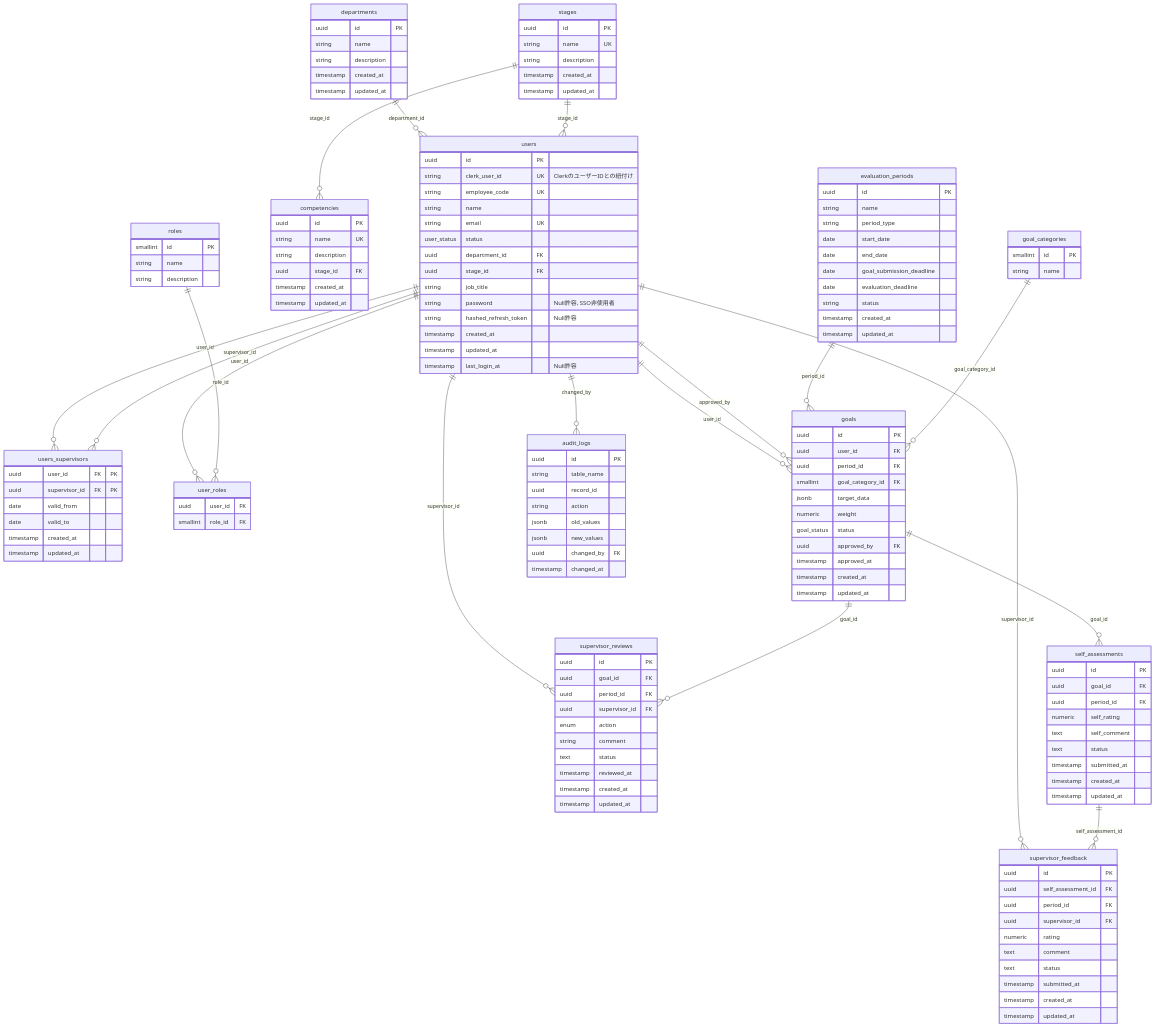
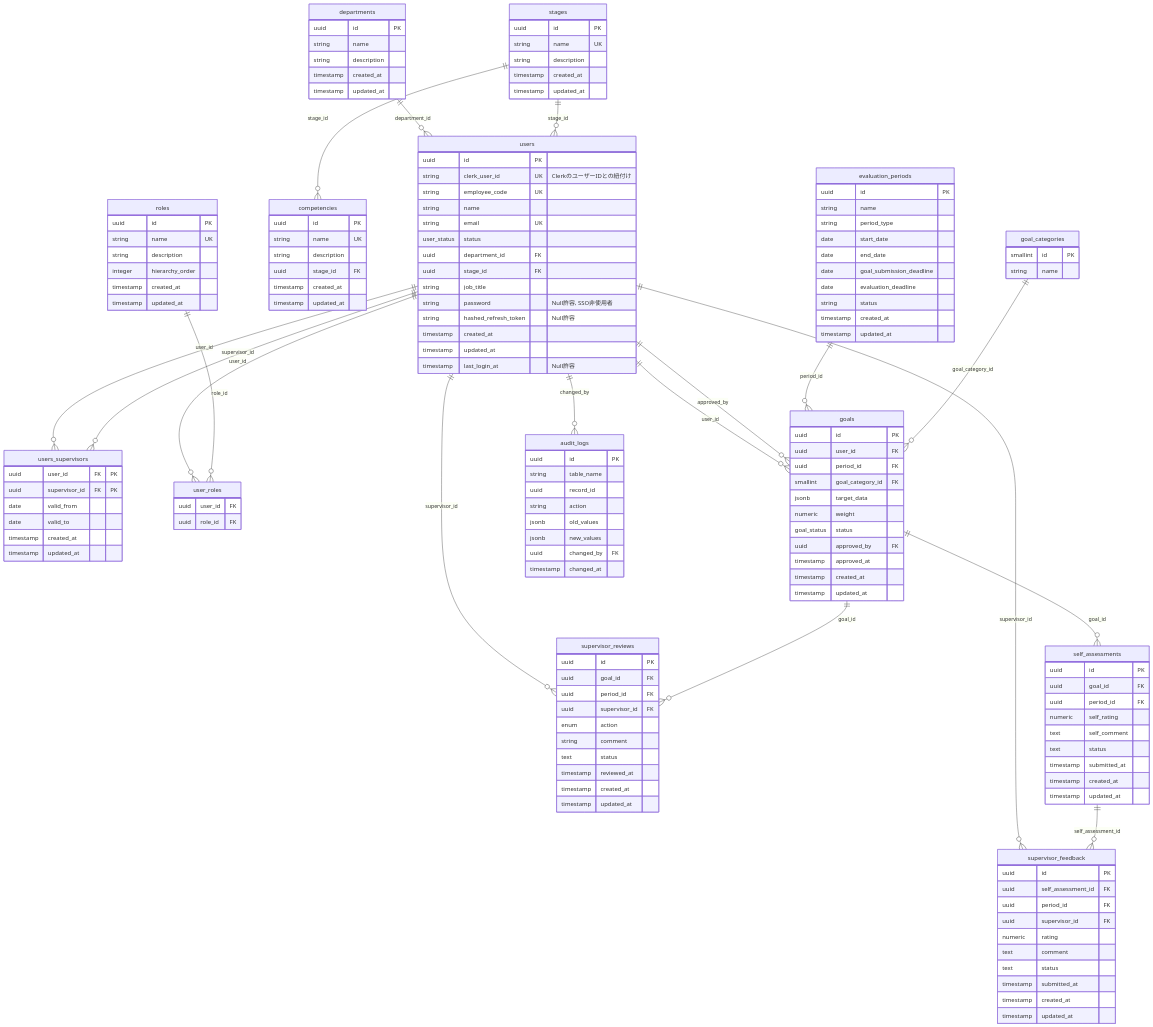
Before and after one commit to shintairiku/evaluation-system: the diagram in docs/requirement-definition/02-tech/db/db_entity.md, drawn with Mermaid. The commit also changed other lines of this file, not shown here.

Commit message:
refactor(db_entity): update roles and user_roles schema to use UUIDs and add new fields

```diff
--- a/docs/requirement-definition/02-tech/db/db_entity.md
+++ b/docs/requirement-definition/02-tech/db/db_entity.md
@@ -54,14 +54,17 @@
 
     %% 権限管理
     roles {
-        smallint id PK
-        string name
+        uuid id PK
+        string name UK
         string description
+        integer hierarchy_order
+        timestamp created_at
+        timestamp updated_at
     }
 
     user_roles {
         uuid user_id FK
-        smallint role_id FK
+        uuid role_id FK
     }
 
     %% 評価期間
```
